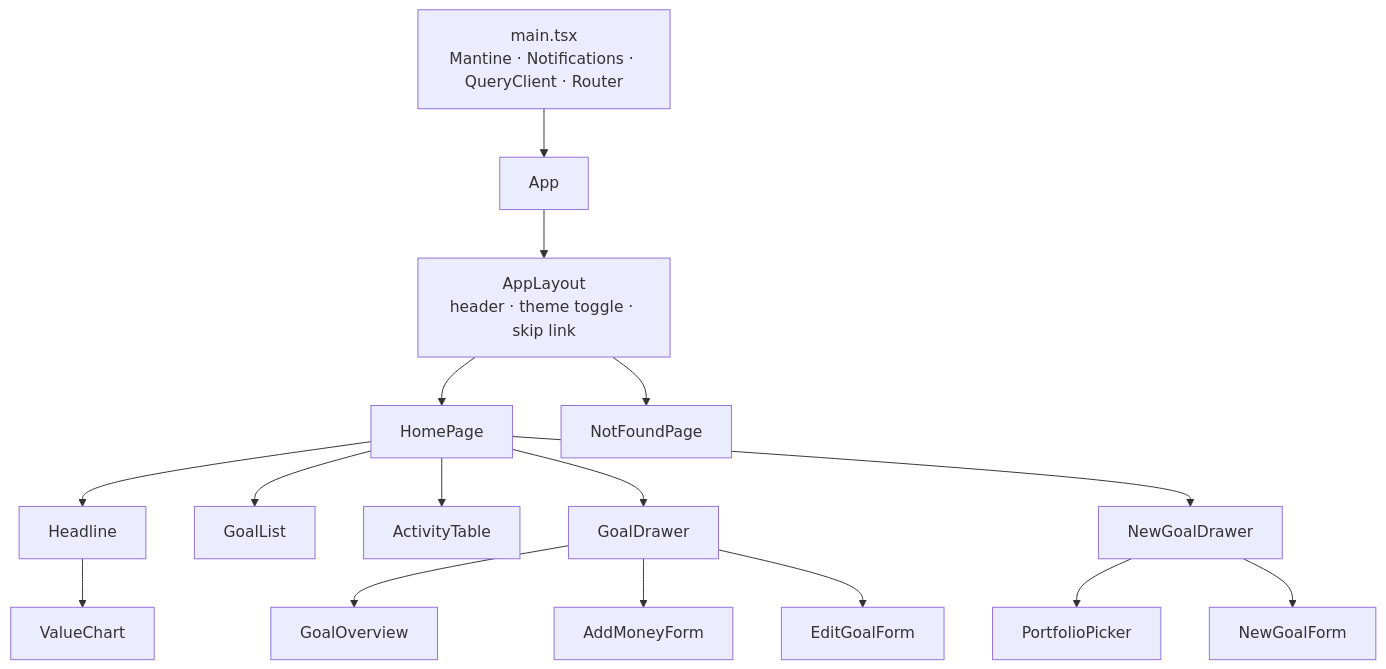
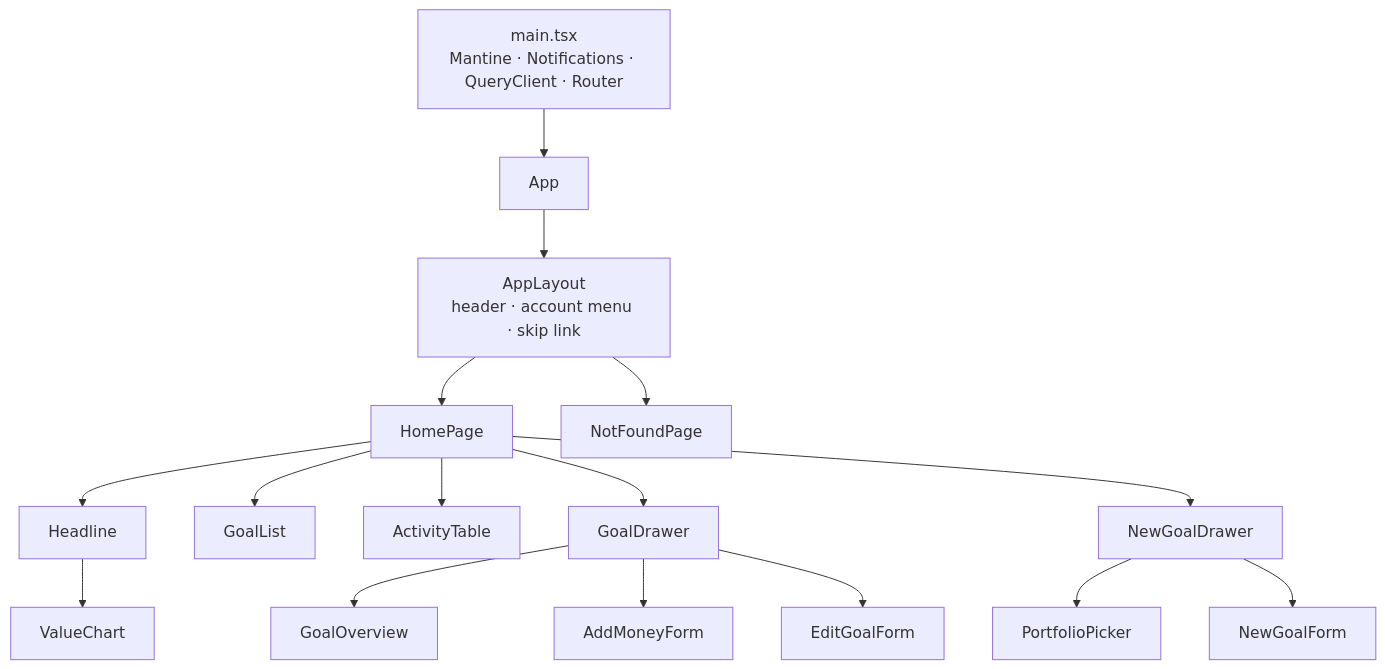
The fourth of 9 diagrams in docs/architecture.md (LBakerDev/meridian-dashboard), drawn with Mermaid before and after one commit. The commit also changed other lines of this file and 6 other files, not shown here.

Commit message:
feat: account menu with initials avatar and Light/Dark/System theme

````diff
--- a/docs/architecture.md
+++ b/docs/architecture.md
@@ -83,20 +83,20 @@
 ```mermaid
 flowchart TB
   main["main.tsx<br/>Mantine · Notifications · QueryClient · Router"] --> App
-  App --> Layout["AppLayout<br/>header · theme toggle · skip link"]
+  App --> Layout["AppLayout<br/>header · account menu · skip link"]
   Layout --> Home[HomePage]
   Layout --> NF[NotFoundPage]
 
   Home --> Headline
   Headline --> Chart[ValueChart]
   Home --> GoalList
   Home --> Activity[ActivityTable]
   Home --> GD[GoalDrawer]
   Home --> NGD[NewGoalDrawer]
 
   GD --> Overview[GoalOverview]
   GD --> Add[AddMoneyForm]
   GD --> Edit[EditGoalForm]
   NGD --> Picker[PortfolioPicker]
   NGD --> NGF[NewGoalForm]
 ```
````
